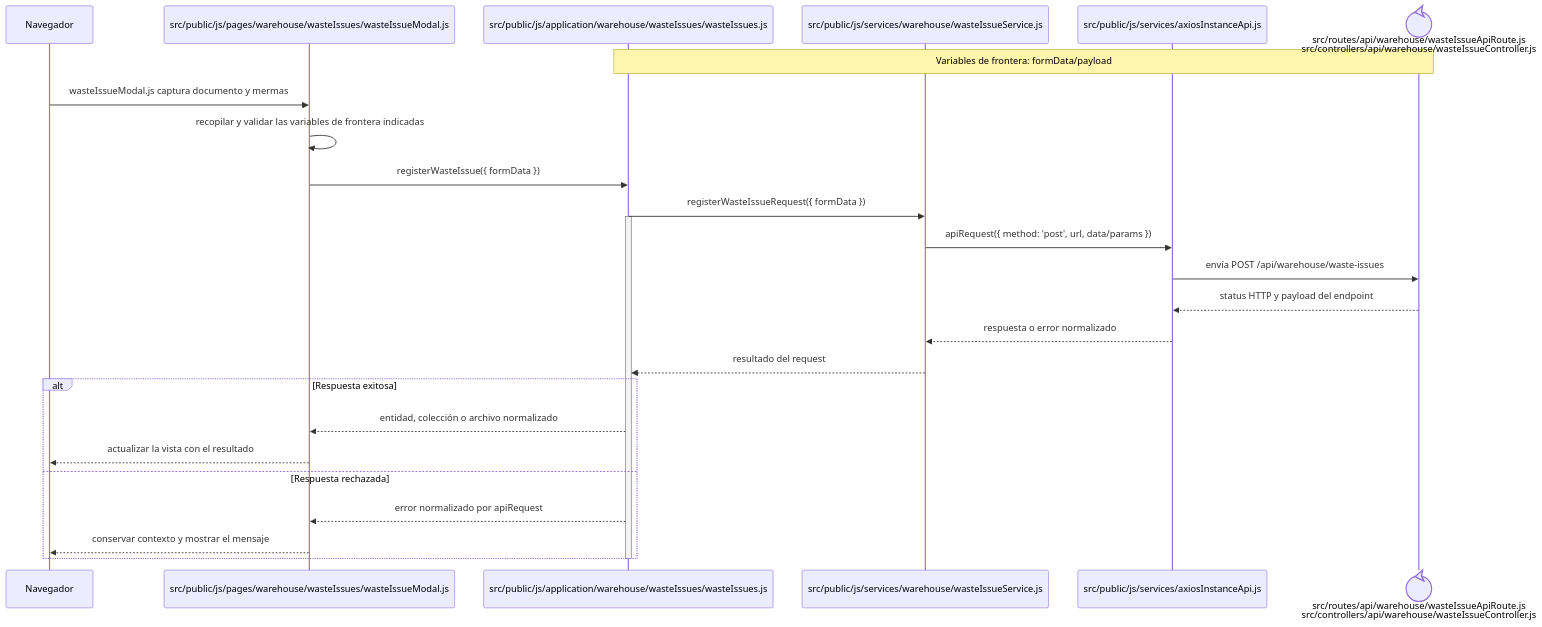
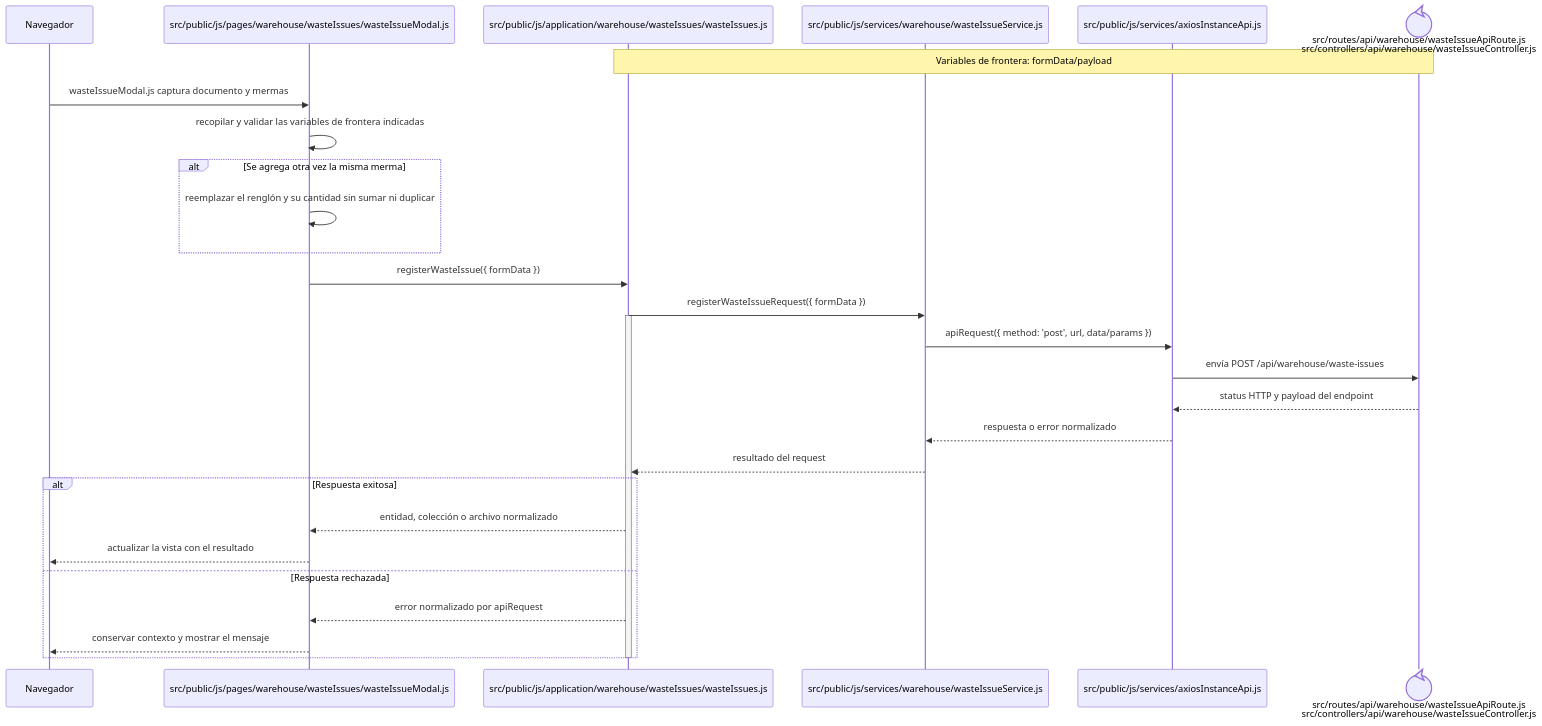
Before and after one commit to gpgsistemas01/nexus: the eighth of 12 diagrams in docs/architecture/frontend-code-sequences/issues.md, drawn with Mermaid. The commit also changed other lines of this file and 35 other files, not shown here.

````diff
--- a/docs/architecture/frontend-code-sequences/issues.md
+++ b/docs/architecture/frontend-code-sequences/issues.md
@@ -244,29 +247,32 @@
 ```mermaid
 sequenceDiagram
     participant Browser as Navegador
     participant View as src/public/js/pages/warehouse/wasteIssues/wasteIssueModal.js
     participant Application as src/public/js/application/warehouse/wasteIssues/wasteIssues.js
     participant Request as src/public/js/services/warehouse/wasteIssueService.js
     participant HTTP as src/public/js/services/axiosInstanceApi.js
     participant Transport@{ "type": "control" } as src/routes/api/warehouse/wasteIssueApiRoute.js<br/>src/controllers/api/warehouse/wasteIssueController.js
     Note over Application,Transport: Variables de frontera: formData/payload
 
     Browser->>View: wasteIssueModal.js captura documento y mermas
     View->>View: recopilar y validar las variables de frontera indicadas
+    alt Se agrega otra vez la misma merma
+        View->>View: reemplazar el renglón y su cantidad sin sumar ni duplicar
+    end
     View->>Application: registerWasteIssue({ formData })
     Application->>Request: registerWasteIssueRequest({ formData })
     activate Application
     Request->>HTTP: apiRequest({ method: 'post', url, data/params })
     HTTP->>Transport: envía POST /api/warehouse/waste-issues
     Transport-->>HTTP: status HTTP y payload del endpoint
     HTTP-->>Request: respuesta o error normalizado
     Request-->>Application: resultado del request
     alt Respuesta exitosa
         Application-->>View: entidad, colección o archivo normalizado
         View-->>Browser: actualizar la vista con el resultado
     else Respuesta rechazada
         Application-->>View: error normalizado por apiRequest
         View-->>Browser: conservar contexto y mostrar el mensaje
     end
     deactivate Application
 ```
````
